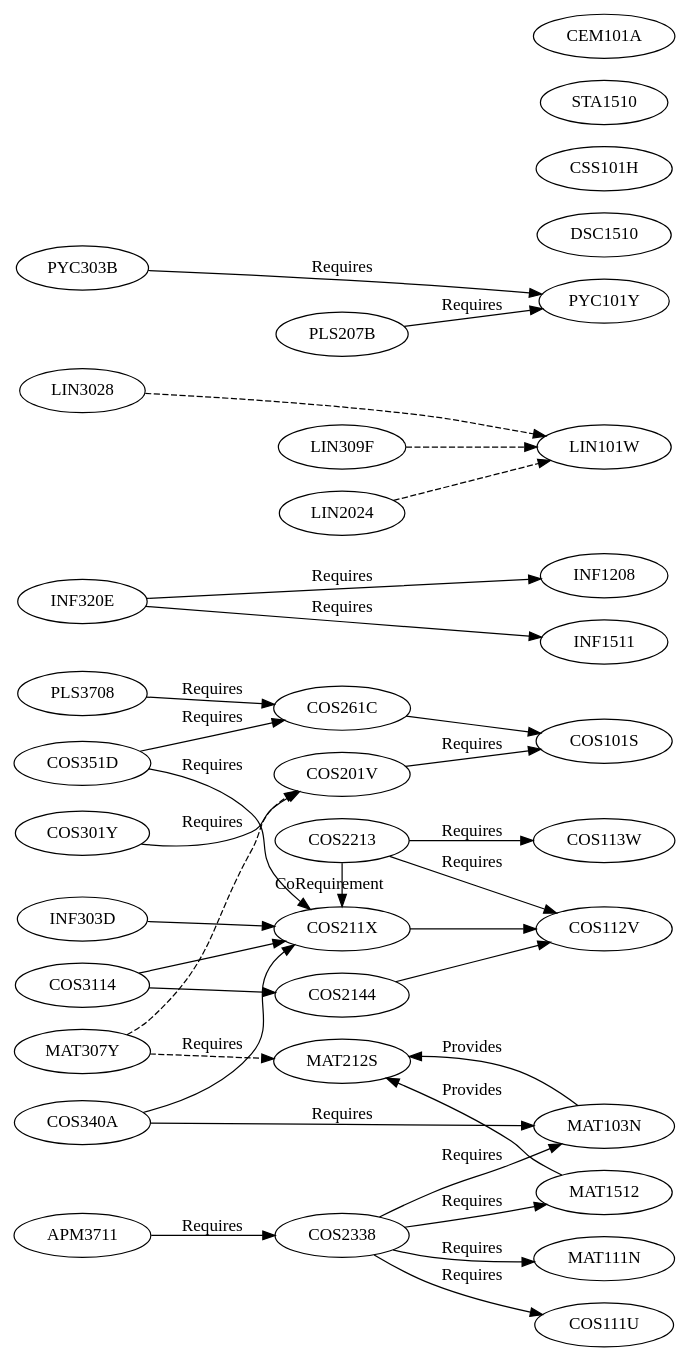
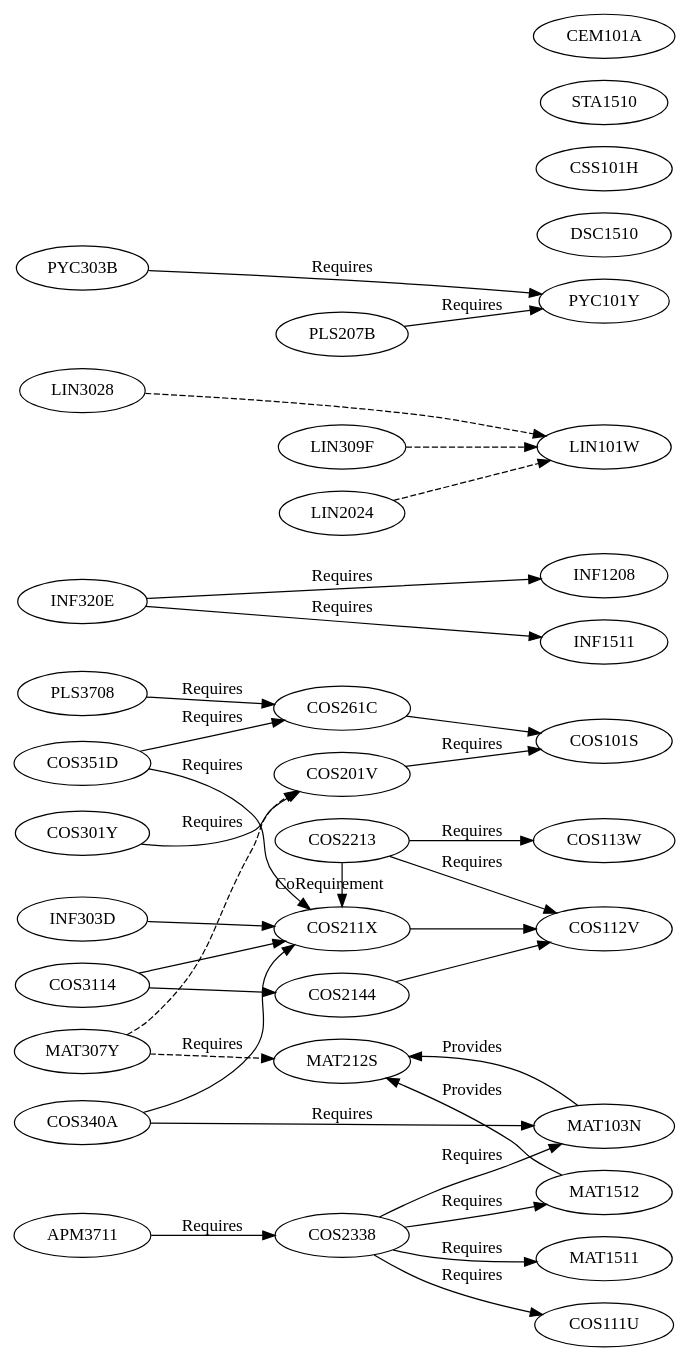
Before and after one commit to apauley/RandomHacks: the diagram in Unisa/ComputationalIntelligence.dot, drawn with Graphviz.

Commit message:
Unisa 2010 module changes: MAT111N -> MAT1511

```diff
--- a/Unisa/ComputationalIntelligence.dot
+++ b/Unisa/ComputationalIntelligence.dot
@@ -1,47 +1,47 @@
 digraph ComputationalIntelligence {
 	rankdir=LR
 
 	{rank=same; COS301Y INF320E COS351D PLS3708}
 	{rank=same; COS3114 APM3711 MAT307Y COS340A}
 	{rank=same; INF303D LIN3028 PYC303B}
   
 	{rank=same; COS201V COS211X COS261C COS2144}
 	{rank=same; COS2213 COS2338 MAT212S}
 	{rank=same; LIN309F LIN2024 PLS207B}
 
-	{rank=same; COS101S COS112V COS113W INF1208 MAT1512 MAT111N MAT103N PYC101Y COS111U LIN101W INF1511}
+	{rank=same; COS101S COS112V COS113W INF1208 MAT1512 MAT1511 MAT103N PYC101Y COS111U LIN101W INF1511}
 	{rank=same; DSC1510 CSS101H STA1510 CEM101A}
 	{rank=max; DSC1510 COS101S}
 
 	COS301Y -> {COS201V} [label=Requires]
 	INF320E -> {INF1208 INF1511} [label=Requires]
 	COS351D -> {COS211X COS261C} [label=Requires]
 	PLS3708 -> {COS261C} [label=Requires]
 	PYC303B -> {PYC101Y} [label=Requires]
 
 	COS3114 -> {COS211X COS2144}
 	APM3711 -> {COS2338} [label=Requires]
 	MAT307Y -> {MAT212S COS201V} [style=dashed]
 	INF303D -> {COS211X}
 	LIN3028 -> {LIN101W} [style=dashed]
 	COS340A -> {COS211X MAT103N} [label=Requires]
 
 
 	COS201V -> {COS101S} [label=Requires]
 	COS211X -> {COS112V}
 	COS261C -> {COS101S}
 	COS2144 -> {COS112V}
 
 	{rank=same; COS2213 COS211X}
 	COS2213 -> {COS112V COS113W} [label=Requires]
 	COS2213 -> {COS211X} [label=CoRequirement]
-	COS2338 -> {COS111U MAT103N MAT111N MAT1512} [label=Requires]
+	COS2338 -> {COS111U MAT103N MAT1511 MAT1512} [label=Requires]
 	MAT212S
 	LIN309F -> {LIN101W} [style=dashed]
 	LIN2024 -> {LIN101W} [style=dashed]
 	PLS207B -> {PYC101Y} [label=Requires]
 
 
 	MAT103N -> {MAT212S} [label=Provides]
 	MAT1512 -> {MAT212S} [label=Provides]
 }
```
